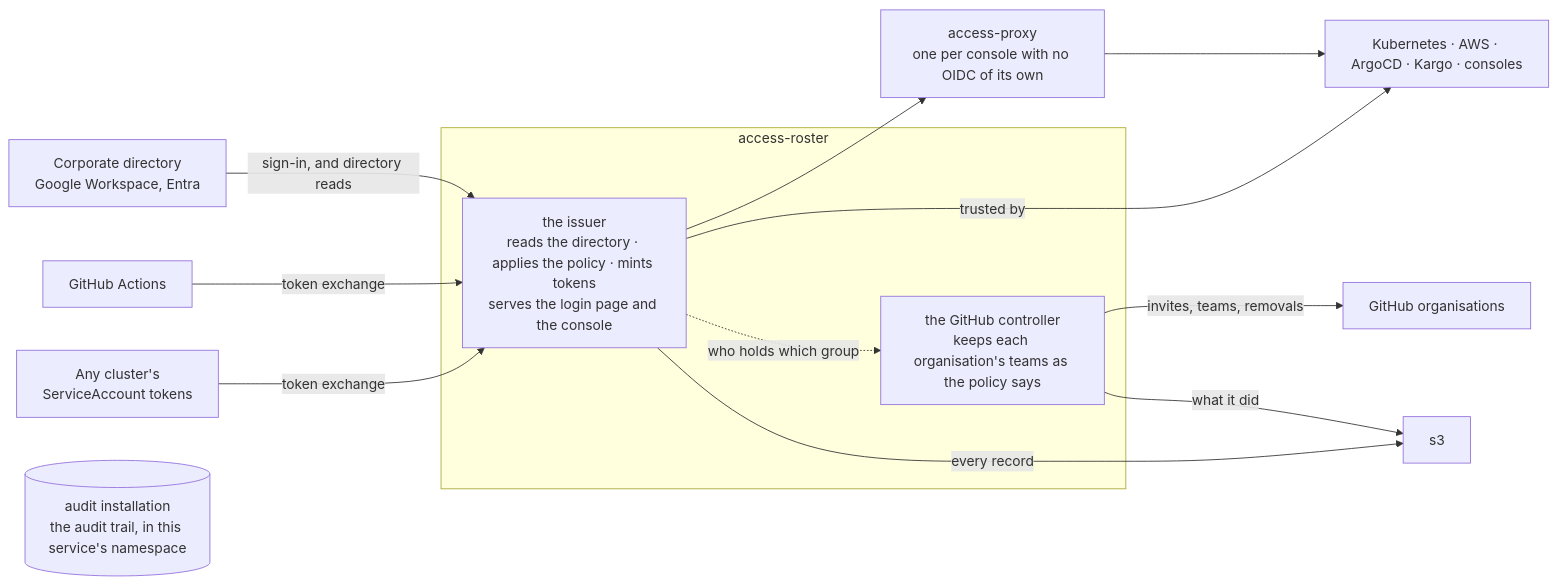
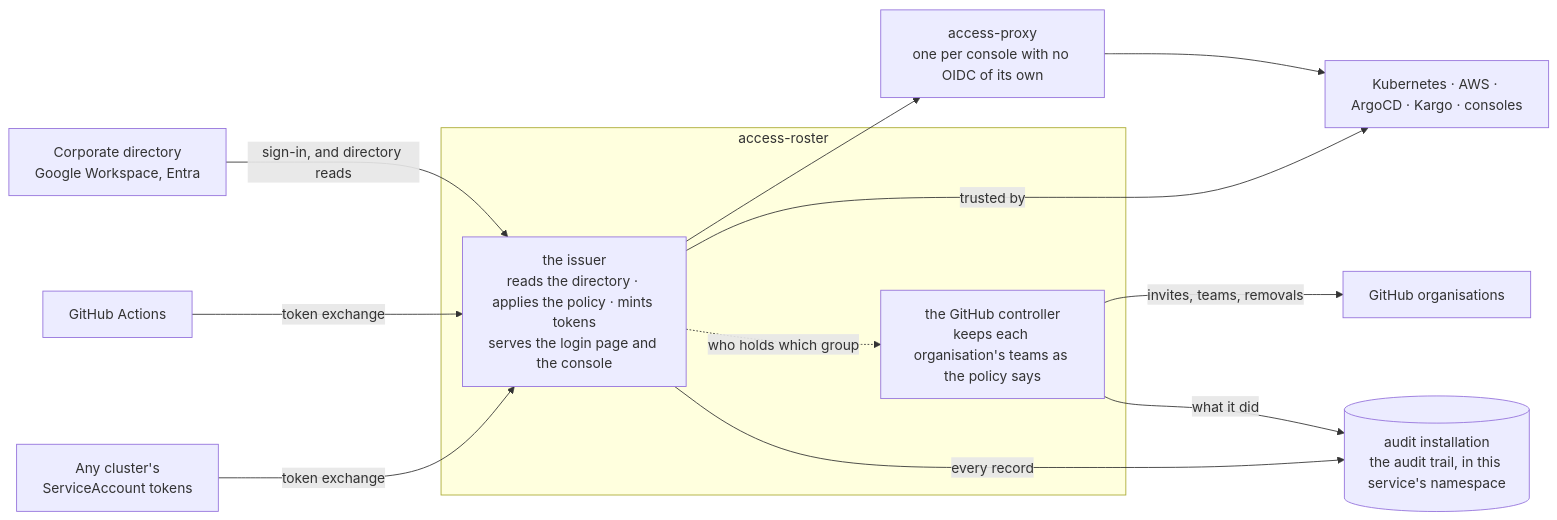
Before and after one commit to truvity/access-roster: the diagram in README.md, drawn with Mermaid. The commit also changed 1 other file, not shown here.

Commit message:
docs: the diagrams' edges follow the renamed audit node
Renaming the node from s3 to aud left every edge pointing at the old id,
so Mermaid drew a dangling box called s3 and the audit installation
stood disconnected. The second diagram in the architecture page still
said the installation was a release of its own; it is in this
service's namespace.

````diff
--- a/README.md
+++ b/README.md
@@ -114,26 +114,26 @@
 ```mermaid
 flowchart LR
   idp["Corporate directory<br/>Google Workspace, Entra"]
   gh["GitHub Actions"]
   k8s["Any cluster's<br/>ServiceAccount tokens"]
 
   subgraph ar["access-roster"]
     iss["the issuer<br/>reads the directory · applies the policy · mints tokens<br/>serves the login page and the console"]
     ctl["the GitHub controller<br/>keeps each organisation's teams as the policy says"]
   end
 
   proxy["access-proxy<br/>one per console with no OIDC of its own"]
   apps["Kubernetes · AWS · ArgoCD · Kargo · consoles"]
   orgs["GitHub organisations"]
   aud[("audit installation<br/>the audit trail, in this service's namespace")]
 
   idp -- "sign-in, and directory reads" --> iss
   gh -- "token exchange" --> iss
   k8s -- "token exchange" --> iss
   iss --> proxy --> apps
   iss -- "trusted by" --> apps
   iss -. "who holds which group" .-> ctl
   ctl -- "invites, teams, removals" --> orgs
-  iss -- "every record" --> s3
-  ctl -- "what it did" --> s3
+  iss -- "every record" --> aud
+  ctl -- "what it did" --> aud
 ```
````
